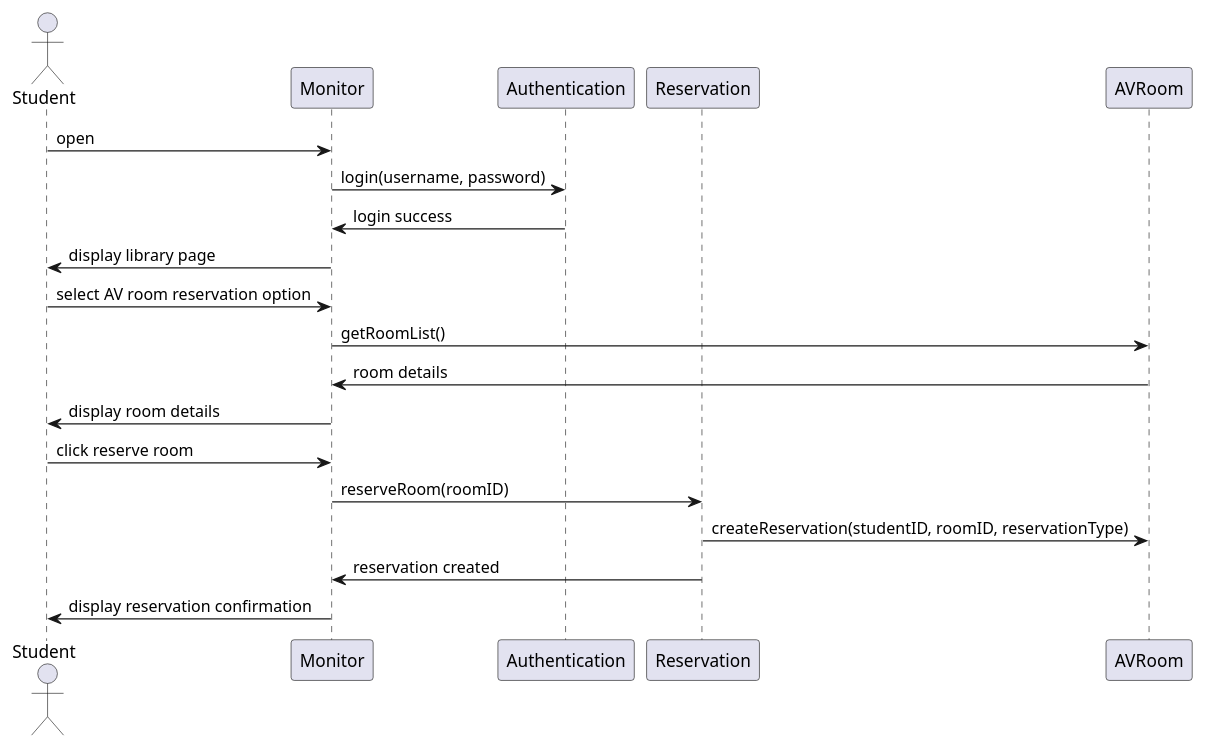
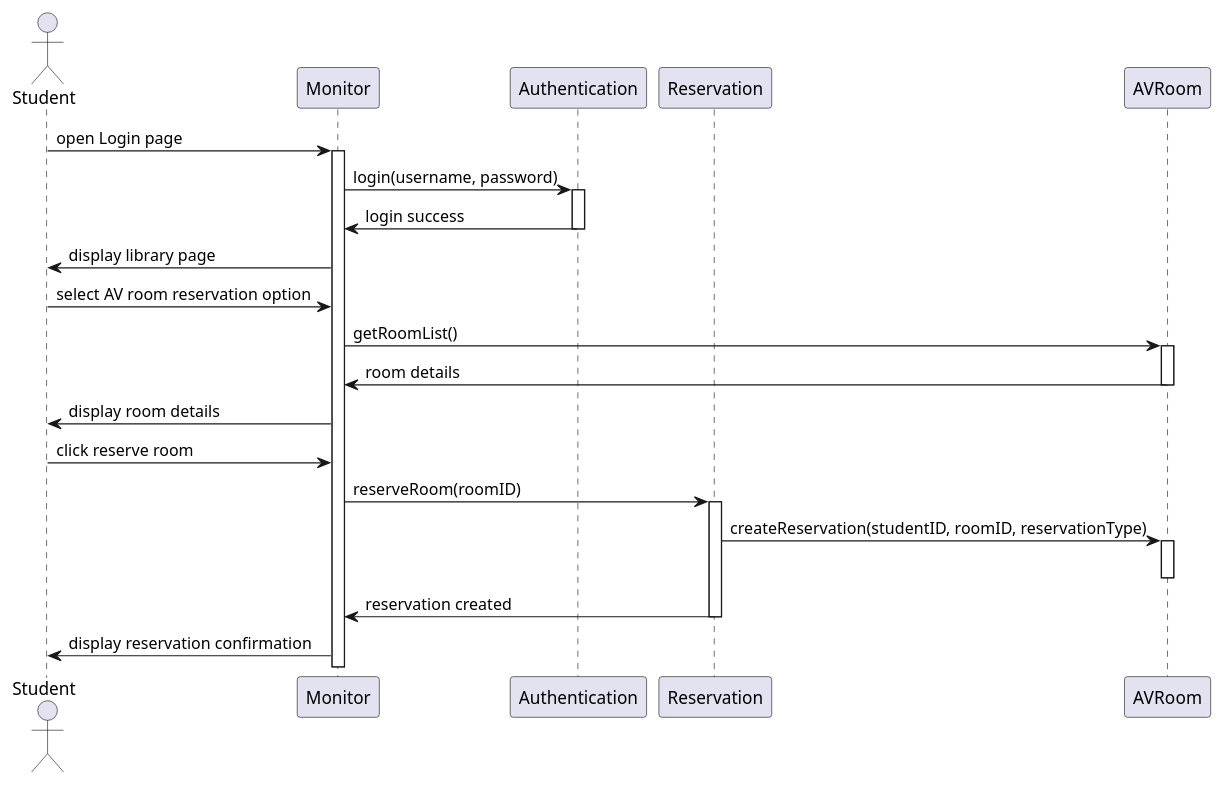
The diagram in src/avRoomReservation.puml (zuzu2307/Final_UML), drawn with PlantUML before and after one commit. The commit also changed 13 other files, not shown here.

```diff
--- a/src/avRoomReservation.puml
+++ b/src/avRoomReservation.puml
@@ -1,23 +1,32 @@
 @startuml
 actor Student
 participant Monitor
 participant Authentication
 participant Reservation
 participant AVRoom
 
-Student -> Monitor: open
+Student -> Monitor: open Login page
+activate Monitor
 Monitor -> Authentication: login(username, password)
+activate Authentication
 Authentication -> Monitor: login success
+deactivate Authentication
 Monitor -> Student: display library page
 
 Student -> Monitor: select AV room reservation option
 Monitor -> AVRoom: getRoomList()
+activate AVRoom
 AVRoom -> Monitor: room details
+deactivate AVRoom
 Monitor -> Student: display room details
 
 Student -> Monitor: click reserve room
 Monitor -> Reservation: reserveRoom(roomID)
+activate Reservation
 Reservation -> AVRoom: createReservation(studentID, roomID, reservationType)
+activate AVRoom
+deactivate AVRoom
 Reservation -> Monitor: reservation created
+deactivate Reservation
 Monitor -> Student: display reservation confirmation
 @enduml
```
